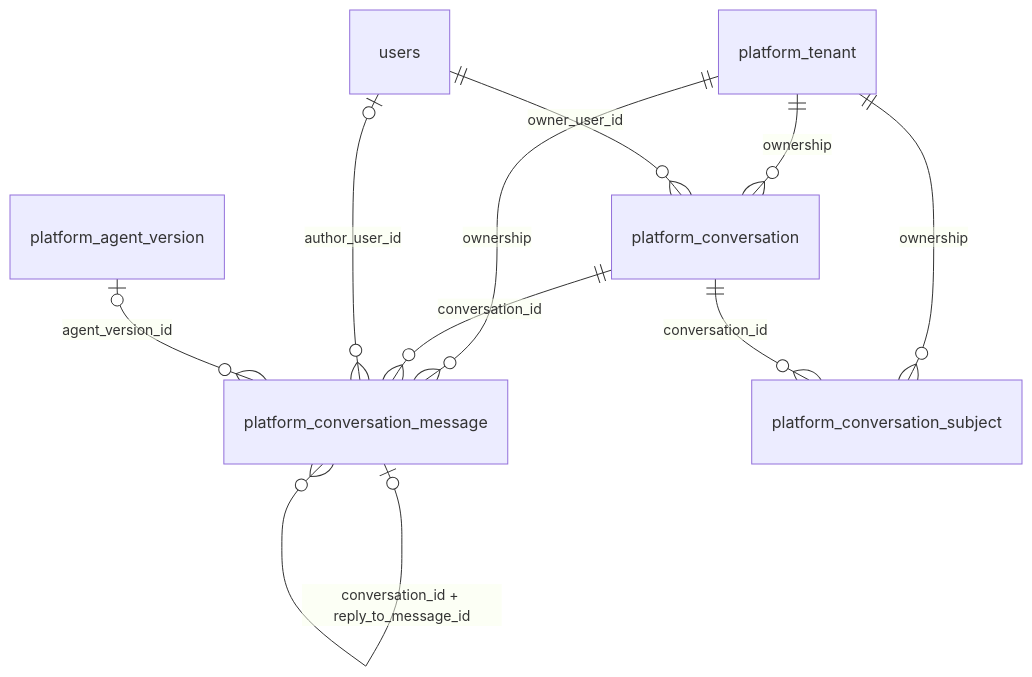
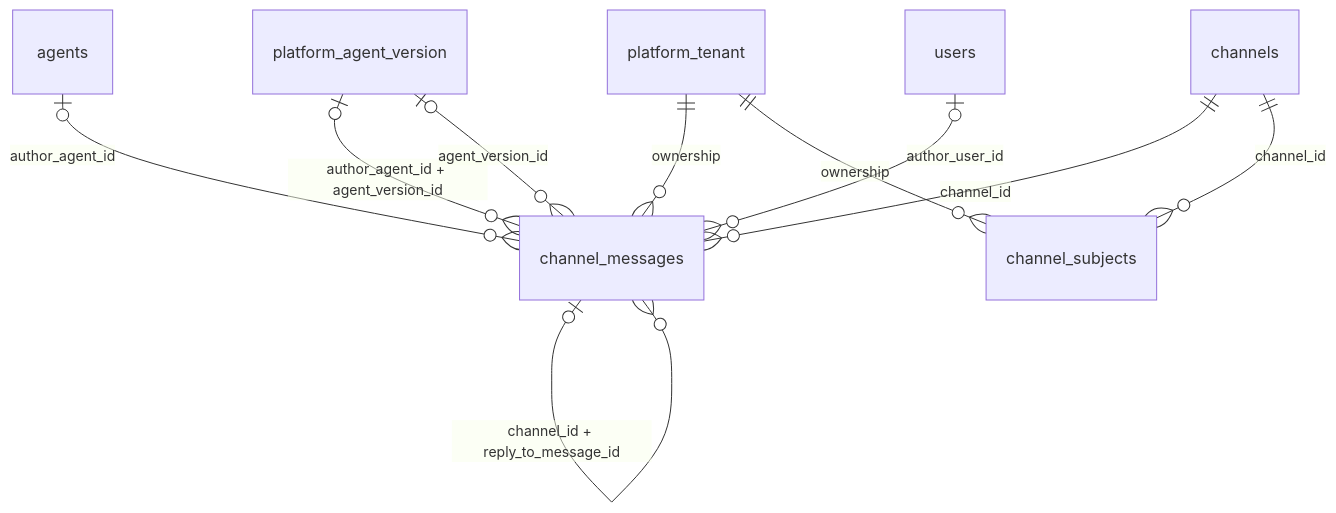
Diagram 33 of 41 in docs/erd/physical/PROJECT_RELATIONSHIPS.md (nguyennanganhdev/AI-Workforce-Platform), drawn with Mermaid before and after one commit. The commit also changed other lines of this file and 146 other files, not shown here.

Commit message:
feat(db): consolidate P0 database schema and documentation

````diff
--- a/docs/erd/physical/PROJECT_RELATIONSHIPS.md
+++ b/docs/erd/physical/PROJECT_RELATIONSHIPS.md
@@ -874,15 +902,14 @@
 ```mermaid
 erDiagram
-  platform_conversation
-  platform_tenant ||--o{ platform_conversation : "ownership"
-  users ||--o{ platform_conversation : "owner_user_id"
-  platform_conversation_message
-  platform_tenant ||--o{ platform_conversation_message : "ownership"
-  platform_conversation ||--o{ platform_conversation_message : "conversation_id"
-  users |o--o{ platform_conversation_message : "author_user_id"
-  platform_agent_version |o--o{ platform_conversation_message : "agent_version_id"
-  platform_conversation_message |o--o{ platform_conversation_message : "conversation_id + reply_to_message_id"
-  platform_conversation_subject
-  platform_tenant ||--o{ platform_conversation_subject : "ownership"
-  platform_conversation ||--o{ platform_conversation_subject : "conversation_id"
+  channel_messages
+  agents |o--o{ channel_messages : "author_agent_id"
+  platform_agent_version |o--o{ channel_messages : "author_agent_id + agent_version_id"
+  platform_tenant ||--o{ channel_messages : "ownership"
+  channels ||--o{ channel_messages : "channel_id"
+  users |o--o{ channel_messages : "author_user_id"
+  platform_agent_version |o--o{ channel_messages : "agent_version_id"
+  channel_messages |o--o{ channel_messages : "channel_id + reply_to_message_id"
+  channel_subjects
+  platform_tenant ||--o{ channel_subjects : "ownership"
+  channels ||--o{ channel_subjects : "channel_id"
 ```
````
